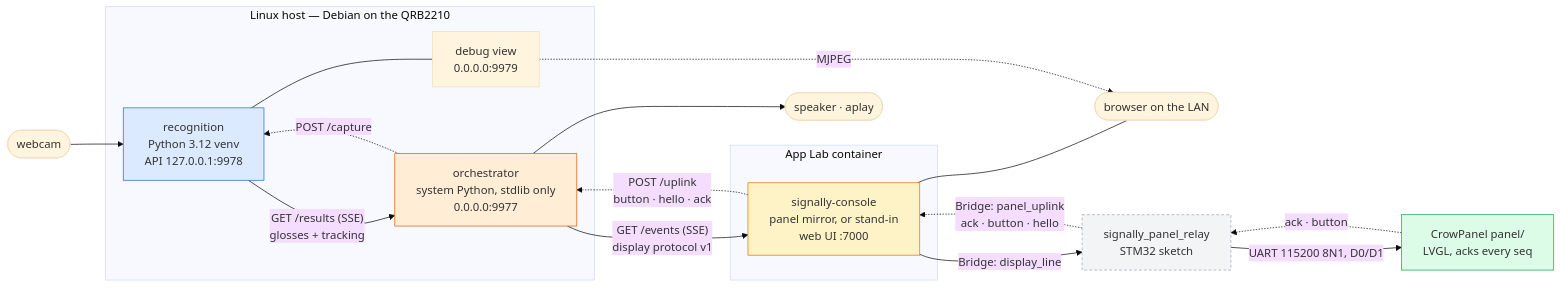
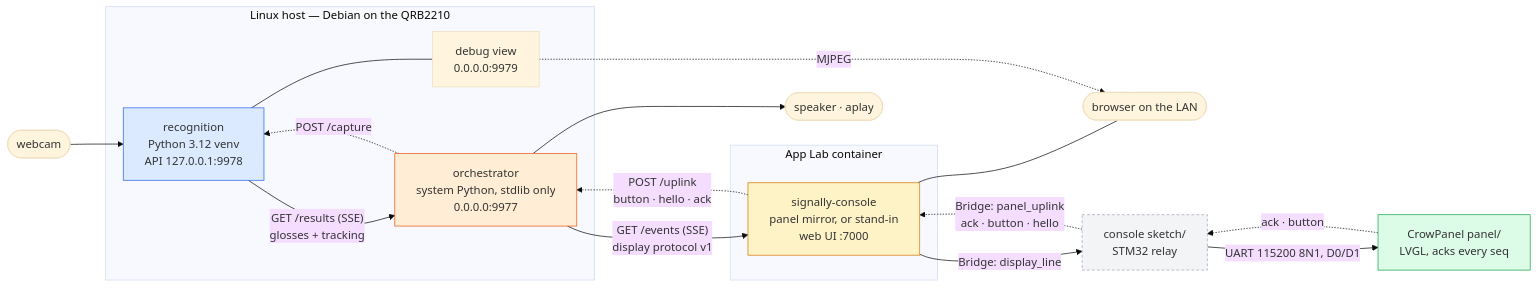
The first of 3 diagrams in docs/architecture.md (jbrathwa/SignAlly), drawn with Mermaid (base theme) before and after one commit. The commit also changed other lines of this file and 8 other files, not shown here.

First line of the commit message:
feat(applab): flash the panel relay from the console app

````diff
--- a/docs/architecture.md
+++ b/docs/architecture.md
@@ -18,39 +18,39 @@
 ```mermaid
 flowchart LR
     CAM([webcam]) --> REC
 
     subgraph HOST["Linux host — Debian on the QRB2210"]
         REC["recognition<br/>Python 3.12 venv<br/>API 127.0.0.1:9978"]
         ORC["orchestrator<br/>system Python, stdlib only<br/>0.0.0.0:9977"]
         VIEW["debug view<br/>0.0.0.0:9979"]
         REC -->|"GET /results (SSE)<br/>glosses + tracking"| ORC
         ORC -.->|"POST /capture"| REC
         REC --- VIEW
     end
 
     subgraph BOX["App Lab container"]
         CONS["signally-console<br/>panel mirror, or stand-in<br/>web UI :7000"]
     end
 
     SPK([speaker · aplay])
     BROWSER([browser on the LAN])
 
     ORC --> SPK
     ORC -->|"GET /events (SSE)<br/>display protocol v1"| CONS
     CONS -.->|"POST /uplink<br/>button · hello · ack"| ORC
     CONS --- BROWSER
     VIEW -.->|"MJPEG"| BROWSER
 
-    RELAY["signally_panel_relay<br/>STM32 sketch"]
+    RELAY["console sketch/<br/>STM32 relay"]
     PANEL["CrowPanel panel/<br/>LVGL, acks every seq"]
     CONS -->|"Bridge: display_line"| RELAY
     RELAY -.->|"Bridge: panel_uplink<br/>ack · button · hello"| CONS
     RELAY -->|"UART 115200 8N1, D0/D1"| PANEL
     PANEL -.->|"ack · button"| RELAY
 
     style REC fill:#dbeafe,stroke:#2563eb
     style ORC fill:#ffedd5,stroke:#ea580c
     style CONS fill:#fef3c7,stroke:#d97706
     style RELAY fill:#f3f4f6,stroke:#9ca3af,stroke-dasharray: 4 3
     style PANEL fill:#dcfce7,stroke:#16a34a
 ```
````
